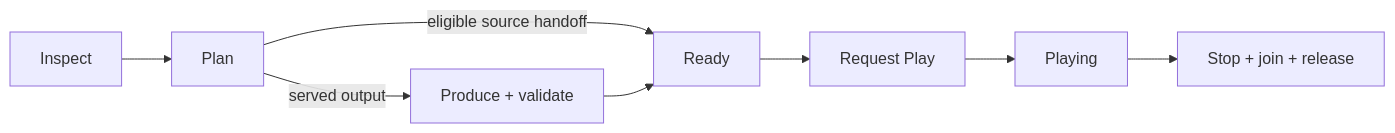
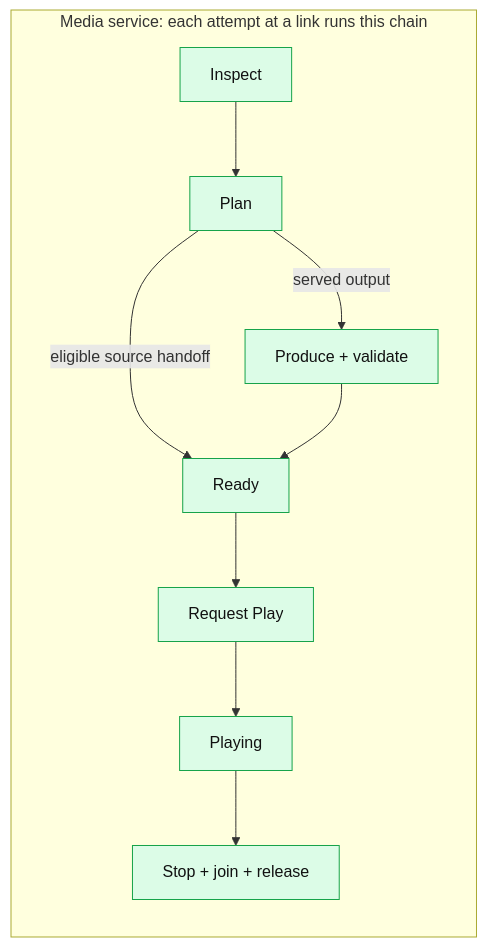
One commit to DonchoMinkov/castor changed the third of 4 diagrams in ARCHITECTURE.md. Above: the diagram before and after it, drawn with Mermaid. The commit also changed other lines of this file and 113 other files, not shown here.

````diff
--- a/ARCHITECTURE.md
+++ b/ARCHITECTURE.md
@@ -55,8 +86,12 @@
 ```mermaid
 flowchart LR
-    inspect[Inspect] --> plan[Plan]
-    plan -- served output --> produce[Produce + validate]
-    plan -- eligible source handoff --> ready[Ready]
-    produce --> ready
-    ready --> play[Request Play] --> playing[Playing] --> cleanup[Stop + join + release]
+    subgraph mediaS["Media service: each attempt at a link runs this chain"]
+        inspect[Inspect] --> plan[Plan]
+        plan -- served output --> produce[Produce + validate]
+        plan -- eligible source handoff --> ready[Ready]
+        produce --> ready
+        ready --> play[Request Play] --> playing[Playing] --> cleanup[Stop + join + release]
+    end
+    classDef mediaNode fill:#dcfce7,stroke:#16a34a,color:#111
+    class inspect,plan,produce,ready,play,playing,cleanup mediaNode
 ```
````
